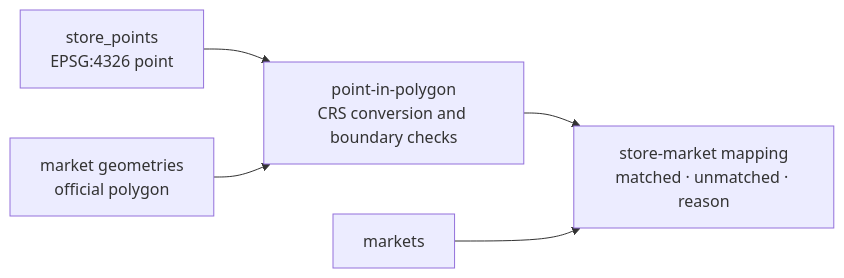
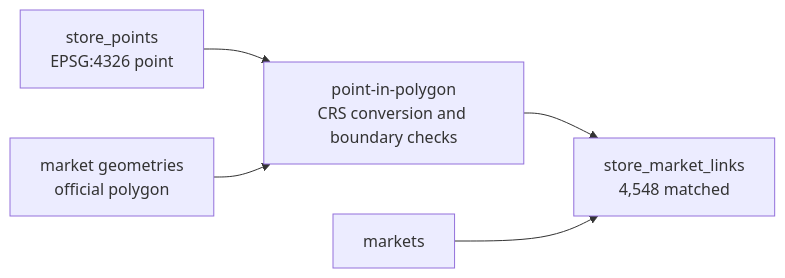
Before and after one commit to Mureung1/hub-showcase: the fifth of 5 diagrams in docs/data/database-structure.md, drawn with Mermaid. The commit also changed other lines of this file and 6 other files, not shown here.

First line of the commit message:
feat(db): add market spatial schema

````diff
--- a/docs/data/database-structure.md
+++ b/docs/data/database-structure.md
@@ -270,13 +306,13 @@
 ```mermaid
 flowchart LR
     SP["store_points<br/>EPSG:4326 point"]
     POLY["market geometries<br/>official polygon"]
     PIP["point-in-polygon<br/>CRS conversion and boundary checks"]
-    MAP["store-market mapping<br/>matched · unmatched · reason"]
+    MAP["store_market_links<br/>4,548 matched"]
     MARKET["markets"]
 
     SP --> PIP
     POLY --> PIP
     PIP --> MAP
     MARKET --> MAP
 ```
````
